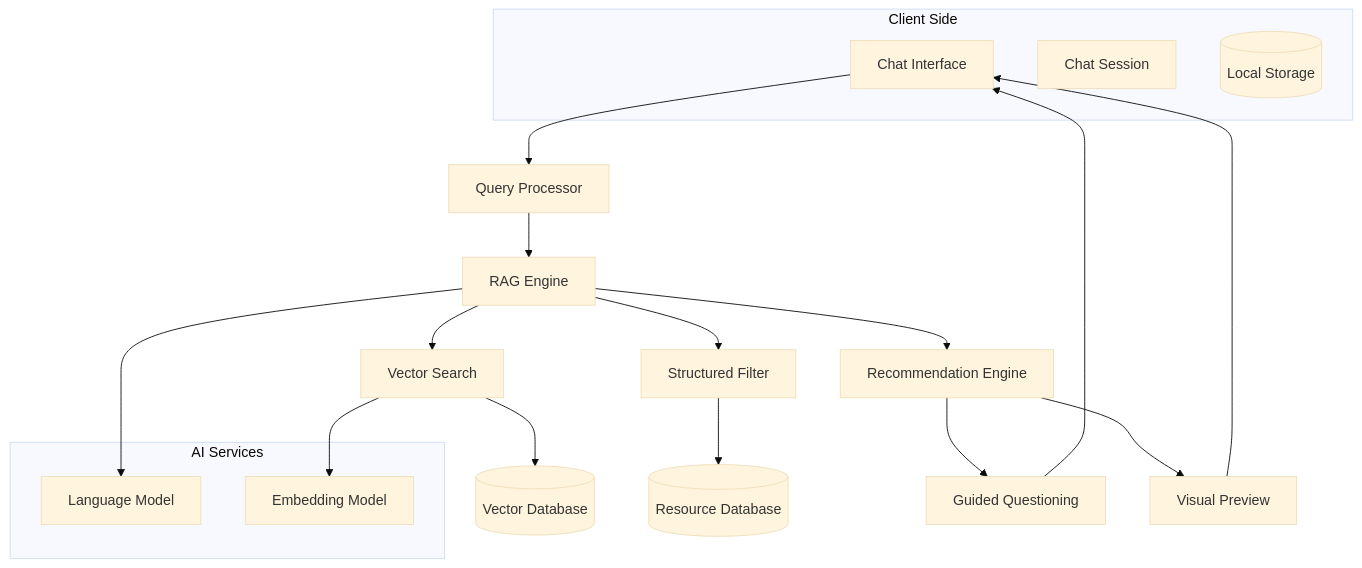
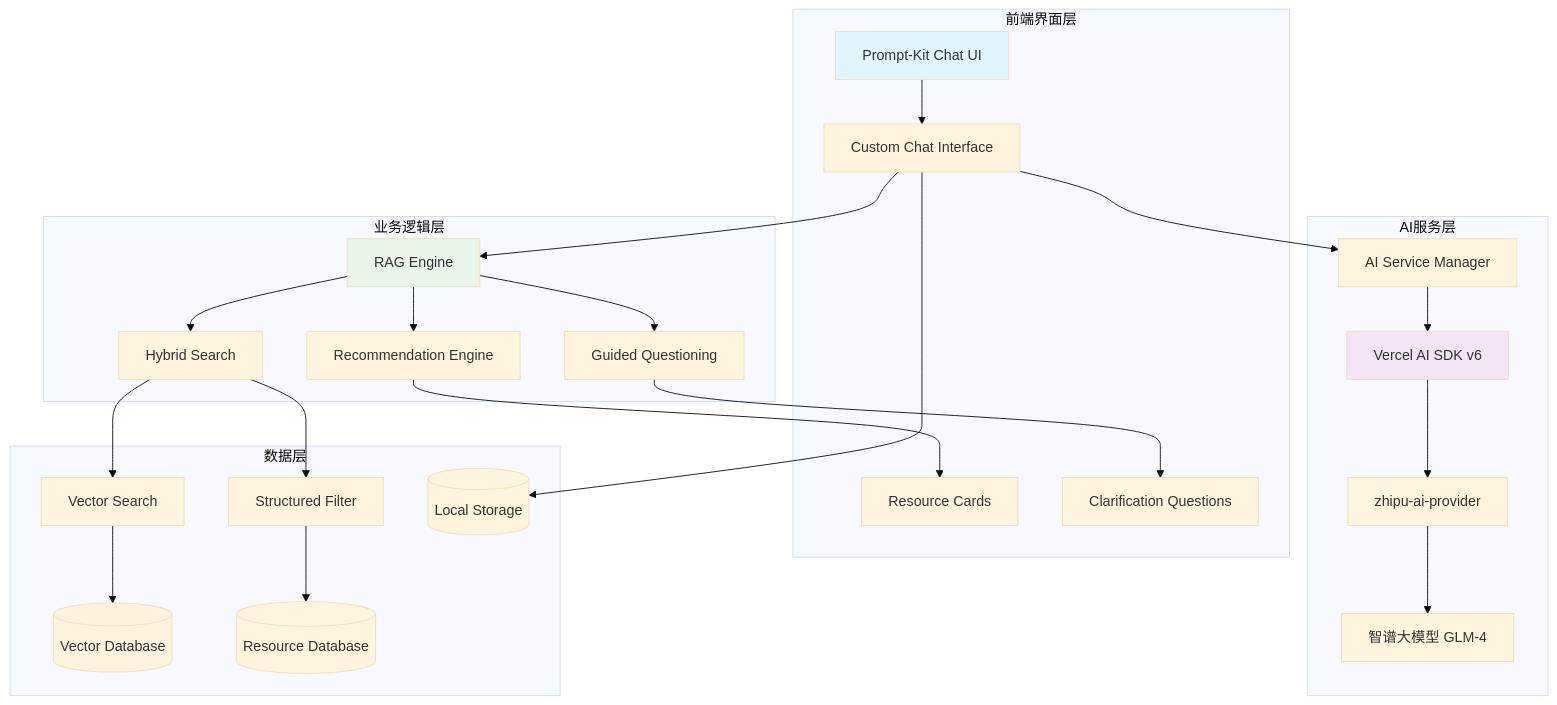
Before and after one commit to ylc6223/design-treasure-box: the diagram in .kiro/specs/ai-chat-assistant/design.md, drawn with Mermaid (base theme). The commit also changed other lines of this file and 44 other files, not shown here.

````diff
--- a/.kiro/specs/ai-chat-assistant/design.md
+++ b/.kiro/specs/ai-chat-assistant/design.md
@@ -18,28 +18,56 @@
 ```mermaid
 graph TB
-    UI[Chat Interface] --> QP[Query Processor]
-    QP --> RAG[RAG Engine]
-    RAG --> VS[Vector Search]
-    RAG --> SF[Structured Filter]
-    VS --> VDB[(Vector Database)]
-    SF --> RDB[(Resource Database)]
-    RAG --> RE[Recommendation Engine]
-    RE --> GQ[Guided Questioning]
-    RE --> VP[Visual Preview]
-    VP --> UI
-    GQ --> UI
+    subgraph "前端界面层"
+        PK[Prompt-Kit Chat UI]
+        CI[Custom Chat Interface]
+        RC[Resource Cards]
+        CQ[Clarification Questions]
+    end
     
-    subgraph "Client Side"
-        UI
-        CS[Chat Session]
+    subgraph "AI服务层"
+        VSDK[Vercel AI SDK v6]
+        ZAP[zhipu-ai-provider]
+        AIM[AI Service Manager]
+        GLM[智谱大模型 GLM-4]
+    end
+    
+    subgraph "业务逻辑层"
+        RAG[RAG Engine]
+        HS[Hybrid Search]
+        GQ[Guided Questioning]
+        RE[Recommendation Engine]
+    end
+    
+    subgraph "数据层"
+        VS[Vector Search]
+        SF[Structured Filter]
+        VDB[(Vector Database)]
+        RDB[(Resource Database)]
         LS[(Local Storage)]
     end
     
-    subgraph "AI Services"
-        LLM[Language Model]
-        EMB[Embedding Model]
-    end
+    PK --> CI
+    CI --> AIM
+    AIM --> VSDK
+    VSDK --> ZAP
+    ZAP --> GLM
     
-    RAG --> LLM
-    VS --> EMB
+    CI --> RAG
+    RAG --> HS
+    RAG --> GQ
+    HS --> VS
+    HS --> SF
+    VS --> VDB
+    SF --> RDB
+    
+    RAG --> RE
+    RE --> RC
+    GQ --> CQ
+    
+    CI --> LS
+    
+    style PK fill:#e1f5fe
+    style VSDK fill:#f3e5f5
+    style RAG fill:#e8f5e8
+    style VDB fill:#fff3e0
 ```
````
